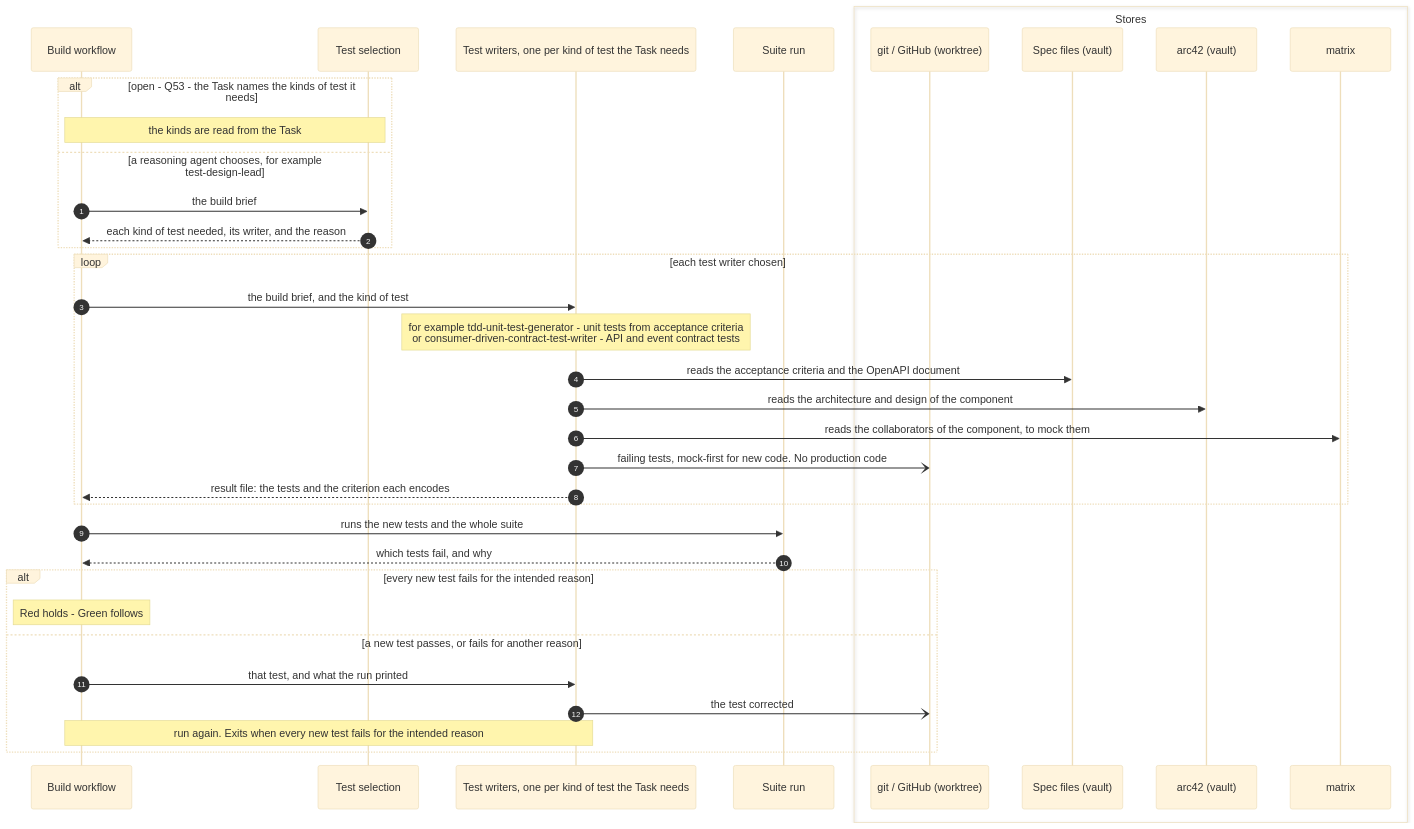
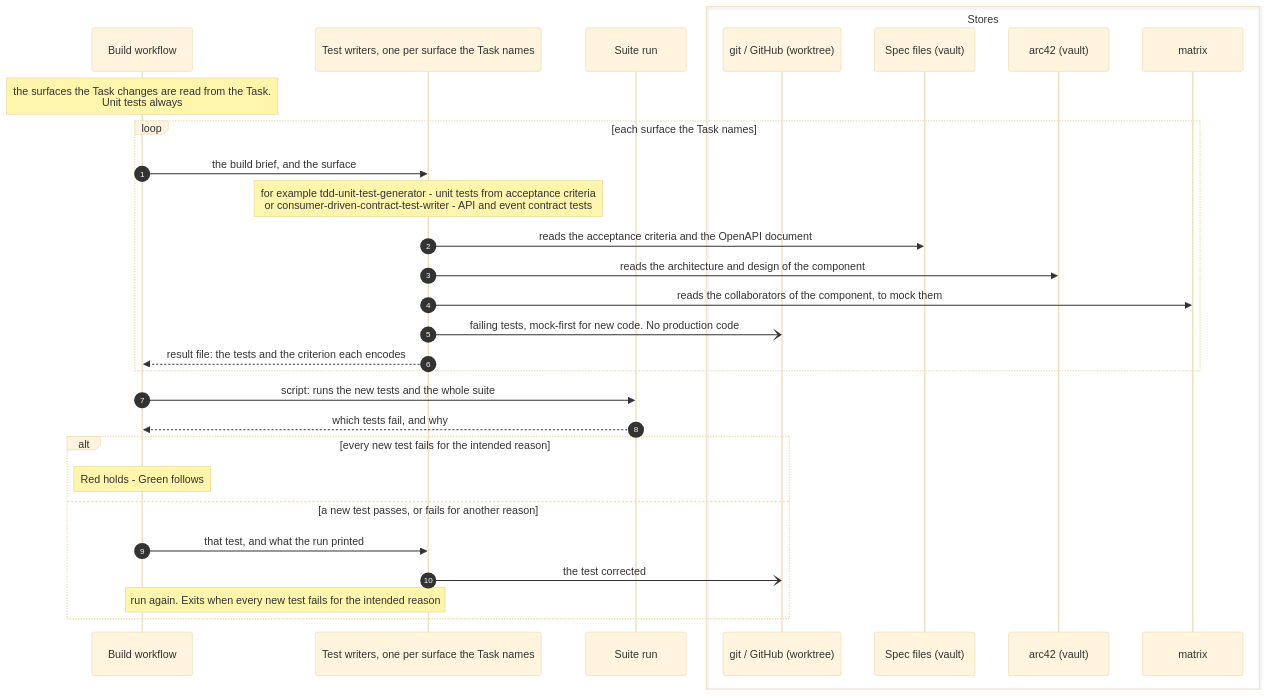
Before and after one commit to mark-satterfield/toolset: the third of 8 diagrams in plugins/agent-teams-workforce/blueprint/design/pipelines-build.md, drawn with Mermaid (base theme). The commit also changed other lines of this file, not shown here.

First line of the commit message:
docs(blueprint): pipelines-build draws the decided build steps

````diff
--- a/plugins/agent-teams-workforce/blueprint/design/pipelines-build.md
+++ b/plugins/agent-teams-workforce/blueprint/design/pipelines-build.md
@@ -220,39 +247,33 @@
 ```mermaid
 sequenceDiagram
     autonumber
     participant WF as Build workflow
-    participant TS as Test selection
-    participant TW as Test writers, one per kind of test the Task needs
+    participant TW as Test writers, one per surface the Task names
     participant SR as Suite run
     box Stores
         participant G as git / GitHub (worktree)
         participant SP as Spec files (vault)
         participant A42 as arc42 (vault)
         participant MX as matrix
     end
 
-    alt open - Q53 - the Task names the kinds of test it needs
-        Note over WF,TS: the kinds are read from the Task
-    else a reasoning agent chooses, for example test-design-lead
-        WF->>TS: the build brief
-        TS-->>WF: each kind of test needed, its writer, and the reason
-    end
-    loop each test writer chosen
-        WF->>TW: the build brief, and the kind of test
+    Note over WF: the surfaces the Task changes are read from the Task.<br/>Unit tests always
+    loop each surface the Task names
+        WF->>TW: the build brief, and the surface
         Note over TW: for example tdd-unit-test-generator - unit tests from acceptance criteria<br/>or consumer-driven-contract-test-writer - API and event contract tests
         TW->>SP: reads the acceptance criteria and the OpenAPI document
         TW->>A42: reads the architecture and design of the component
         TW->>MX: reads the collaborators of the component, to mock them
         TW-)G: failing tests, mock-first for new code. No production code
         TW-->>WF: result file: the tests and the criterion each encodes
     end
-    WF->>SR: runs the new tests and the whole suite
+    WF->>SR: script: runs the new tests and the whole suite
     SR-->>WF: which tests fail, and why
     alt every new test fails for the intended reason
         Note over WF: Red holds - Green follows
     else a new test passes, or fails for another reason
         WF->>TW: that test, and what the run printed
         TW-)G: the test corrected
         Note over WF,TW: run again. Exits when every new test fails for the intended reason
     end
 ```
````
